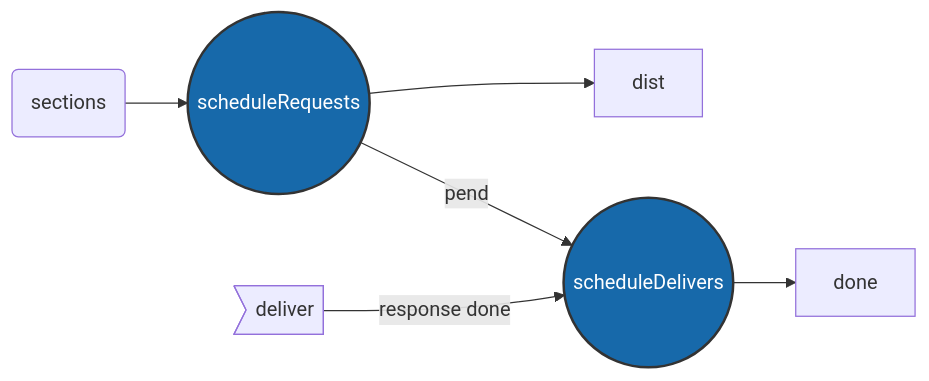
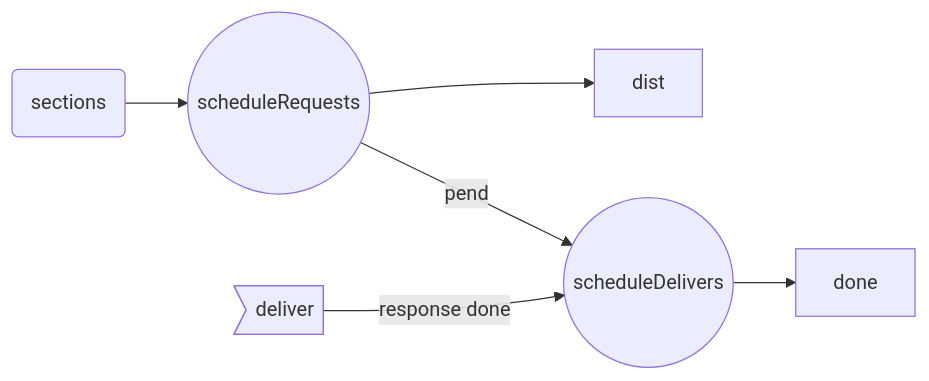
Before and after one commit to agiletechvn/go-ethereum-code-analysis: the diagram in core-bloombits-analysis.md, drawn with Mermaid.

Commit message:
update subgraph for core-bloombits

````diff
--- a/core-bloombits-analysis.md
+++ b/core-bloombits-analysis.md
@@ -97,13 +97,10 @@
 ```mermaid
 graph LR
 
 	id1(sections) --> id2((scheduleRequests))
 	id2 --> dist
 
 	id2 --pend--> id3((scheduleDelivers))
 	id4>deliver] --response done--> id3
 	id3 --> done
-
-	classDef blue fill:#1769aa,stroke:#333,stroke-width:2px,color:#fff;
-	class id3,id2 blue
 ```
````
